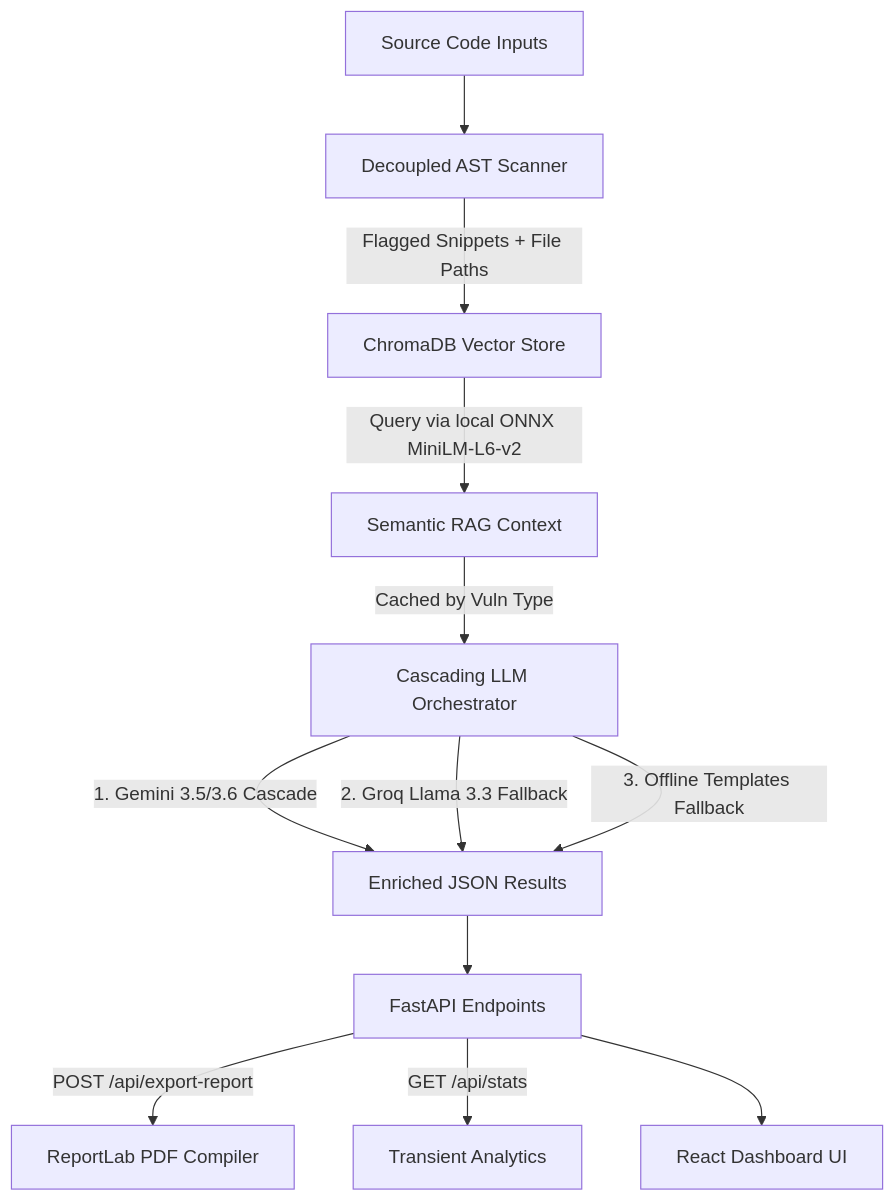
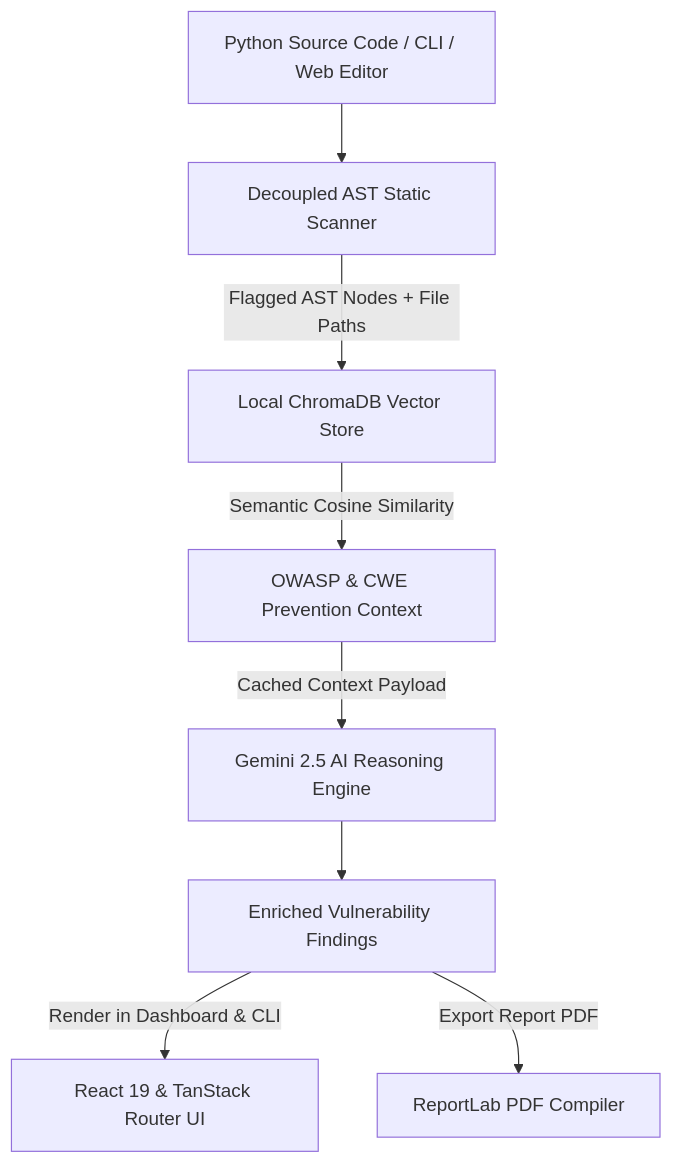
The diagram in README.md (Piy26ush/SecureLens), drawn with Mermaid before and after one commit. The commit also changed other lines of this file, not shown here.

Commit message:
docs: update README.md with official logo, npm badges, CLI commands, 2-page architecture, and docs index

````diff
--- a/README.md
+++ b/README.md
@@ -11,14 +45,10 @@
 ```mermaid
 graph TD
-    A[Source Code Inputs] --> B[Decoupled AST Scanner]
-    B -->|Flagged Snippets + File Paths| C[ChromaDB Vector Store]
-    C -->|Query via local ONNX MiniLM-L6-v2| D[Semantic RAG Context]
-    D -->|Cached by Vuln Type| E[Cascading LLM Orchestrator]
-    E -->|1. Gemini 3.5/3.6 Cascade| F[Enriched JSON Results]
-    E -->|2. Groq Llama 3.3 Fallback| F
-    E -->|3. Offline Templates Fallback| F
-    F --> G[FastAPI Endpoints]
-    G -->|POST /api/export-report| H[ReportLab PDF Compiler]
-    G -->|GET /api/stats| I[Transient Analytics]
-    G --> J[React Dashboard UI]
+    A[Python Source Code / CLI / Web Editor] --> B[Decoupled AST Static Scanner]
+    B -->|Flagged AST Nodes + File Paths| C[Local ChromaDB Vector Store]
+    C -->|Semantic Cosine Similarity| D[OWASP & CWE Prevention Context]
+    D -->|Cached Context Payload| E[Gemini 2.5 AI Reasoning Engine]
+    E --> F[Enriched Vulnerability Findings]
+    F -->|Render in Dashboard & CLI| G[React 19 & TanStack Router UI]
+    F -->|Export Report PDF| H[ReportLab PDF Compiler]
 ```
````
